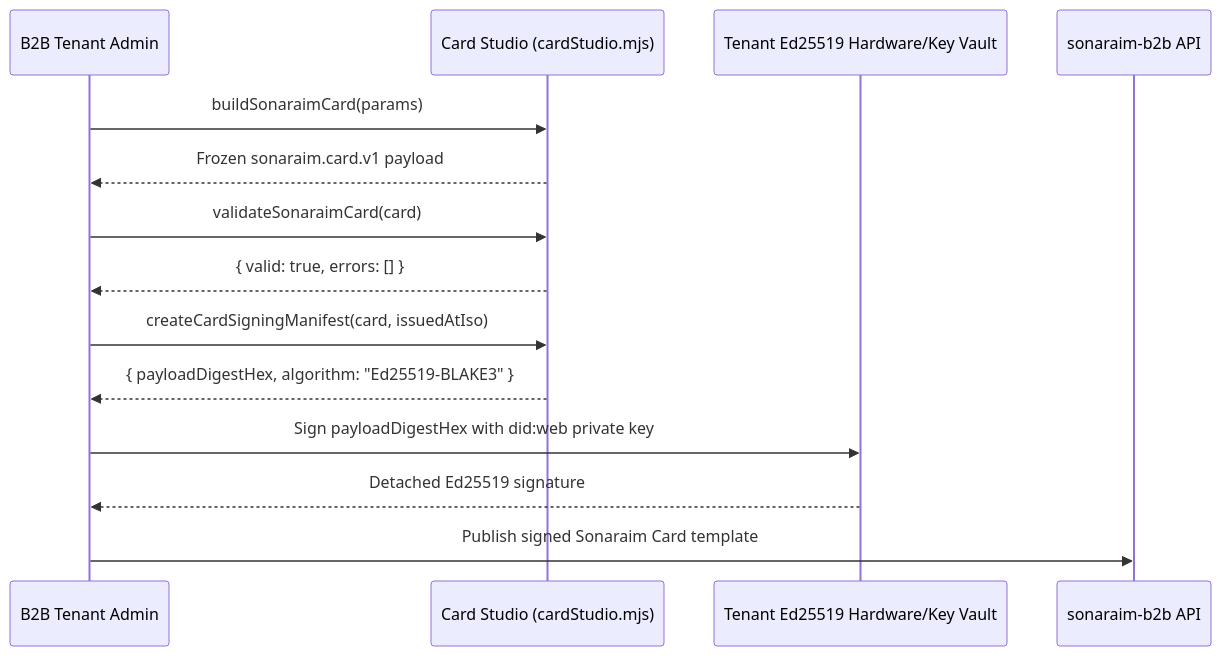
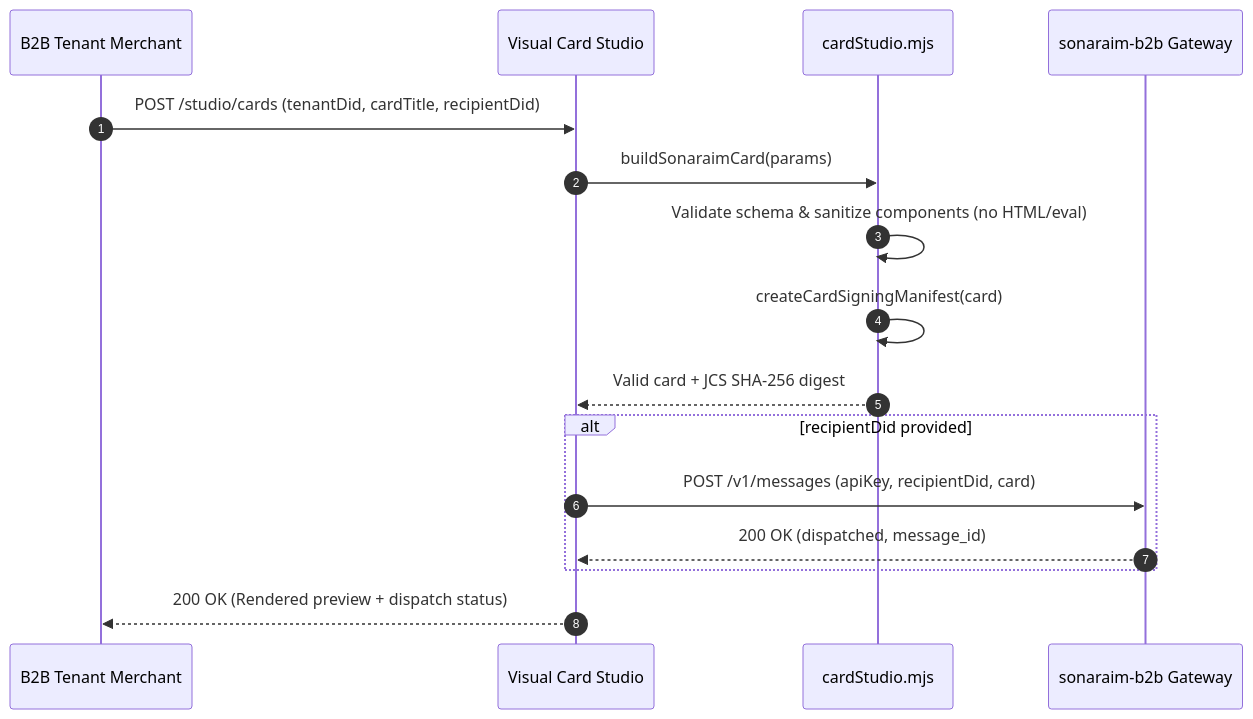
Before and after one commit to alfonsodg/sonaraim-admin: the second of 4 diagrams in docs/DIAGRAMS.md, drawn with Mermaid. The commit also changed other lines of this file and 7 other files, not shown here.

````diff
--- a/docs/DIAGRAMS.md
+++ b/docs/DIAGRAMS.md
@@ -28,17 +37,19 @@
 ```mermaid
 sequenceDiagram
-    participant Tenant as B2B Tenant Admin
-    participant Studio as Card Studio (cardStudio.mjs)
-    participant Signer as Tenant Ed25519 Hardware/Key Vault
-    participant B2B as sonaraim-b2b API
+    autonumber
+    participant Merchant as B2B Tenant Merchant
+    participant Studio as Visual Card Studio
+    participant Builder as cardStudio.mjs
+    participant B2B as sonaraim-b2b Gateway
 
-    Tenant->>Studio: buildSonaraimCard(params)
-    Studio-->>Tenant: Frozen sonaraim.card.v1 payload
-    Tenant->>Studio: validateSonaraimCard(card)
-    Studio-->>Tenant: { valid: true, errors: [] }
-    Tenant->>Studio: createCardSigningManifest(card, issuedAtIso)
-    Studio-->>Tenant: { payloadDigestHex, algorithm: "Ed25519-BLAKE3" }
-    Tenant->>Signer: Sign payloadDigestHex with did:web private key
-    Signer-->>Tenant: Detached Ed25519 signature
-    Tenant->>B2B: Publish signed Sonaraim Card template
+    Merchant->>Studio: POST /studio/cards (tenantDid, cardTitle, recipientDid)
+    Studio->>Builder: buildSonaraimCard(params)
+    Builder->>Builder: Validate schema & sanitize components (no HTML/eval)
+    Builder->>Builder: createCardSigningManifest(card)
+    Builder-->>Studio: Valid card + JCS SHA-256 digest
+    alt recipientDid provided
+        Studio->>B2B: POST /v1/messages (apiKey, recipientDid, card)
+        B2B-->>Studio: 200 OK (dispatched, message_id)
+    end
+    Studio-->>Merchant: 200 OK (Rendered preview + dispatch status)
 ```
````
